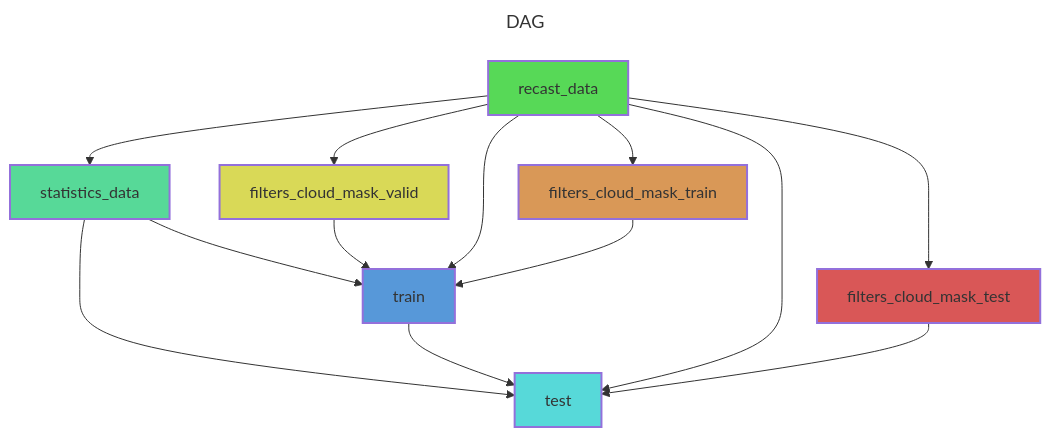
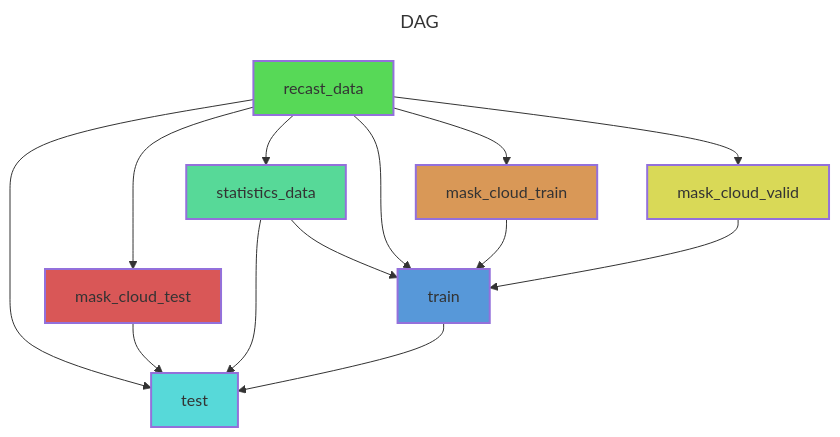
Before and after one commit to tremblaybenoit/RACCOONN: the diagram in config/experiment/forward_clear.mmd, drawn with Mermaid. The commit also changed 5 other files, not shown here.

```diff
--- a/config/experiment/forward_clear.mmd
+++ b/config/experiment/forward_clear.mmd
@@ -1,30 +1,30 @@
 ---
 title: DAG
 ---
 flowchart TB
 	id0[test]
-	id1[filters_cloud_mask_test]
+	id1[mask_cloud_test]
 	id2[recast_data]
 	id3[statistics_data]
 	id4[train]
-	id5[filters_cloud_mask_train]
-	id6[filters_cloud_mask_valid]
+	id5[mask_cloud_train]
+	id6[mask_cloud_valid]
 	style id0 fill:#57D9D9,stroke-width:2px,color:#333333
 	style id1 fill:#D95757,stroke-width:2px,color:#333333
 	style id2 fill:#57D957,stroke-width:2px,color:#333333
 	style id3 fill:#57D998,stroke-width:2px,color:#333333
 	style id4 fill:#5798D9,stroke-width:2px,color:#333333
 	style id5 fill:#D99857,stroke-width:2px,color:#333333
 	style id6 fill:#D9D957,stroke-width:2px,color:#333333
+	id2 --> id0
 	id3 --> id0
 	id4 --> id0
-	id2 --> id0
 	id1 --> id0
 	id2 --> id1
 	id2 --> id3
+	id6 --> id4
 	id3 --> id4
-	id6 --> id4
+	id5 --> id4
 	id2 --> id4
-	id5 --> id4
 	id2 --> id5
 	id2 --> id6
```
